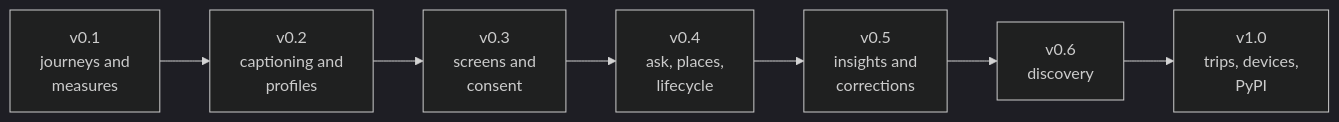
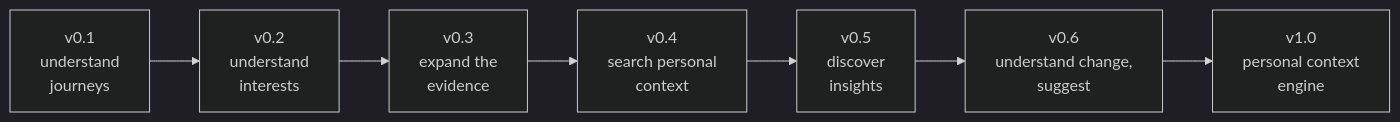
The fourth of 4 diagrams in README.md (Nananananana/kiseki), drawn with Mermaid (dark theme) before and after one commit. The commit also changed other lines of this file and 2 other files, not shown here.

Commit message:
docs: the road to a personal context engine (proposals/0004, README v2)

````diff
--- a/README.md
+++ b/README.md
@@ -260,9 +362,9 @@
 ```mermaid
 flowchart LR
-    V1["v0.1<br/>journeys and<br/>measures"] --> V2["v0.2<br/>captioning and<br/>profiles"]
-    V2 --> V3["v0.3<br/>screens and<br/>consent"]
-    V3 --> V4["v0.4<br/>ask, places,<br/>lifecycle"]
-    V4 --> V5["v0.5<br/>insights and<br/>corrections"]
-    V5 --> V6["v0.6<br/>discovery"]
-    V6 --> V10["v1.0<br/>trips, devices,<br/>PyPI"]
+    V1["v0.1<br/>understand<br/>journeys"] --> V2["v0.2<br/>understand<br/>interests"]
+    V2 --> V3["v0.3<br/>expand the<br/>evidence"]
+    V3 --> V4["v0.4<br/>search personal<br/>context"]
+    V4 --> V5["v0.5<br/>discover<br/>insights"]
+    V5 --> V6["v0.6<br/>understand change,<br/>suggest"]
+    V6 --> V10["v1.0<br/>personal context<br/>engine"]
 ```
````
